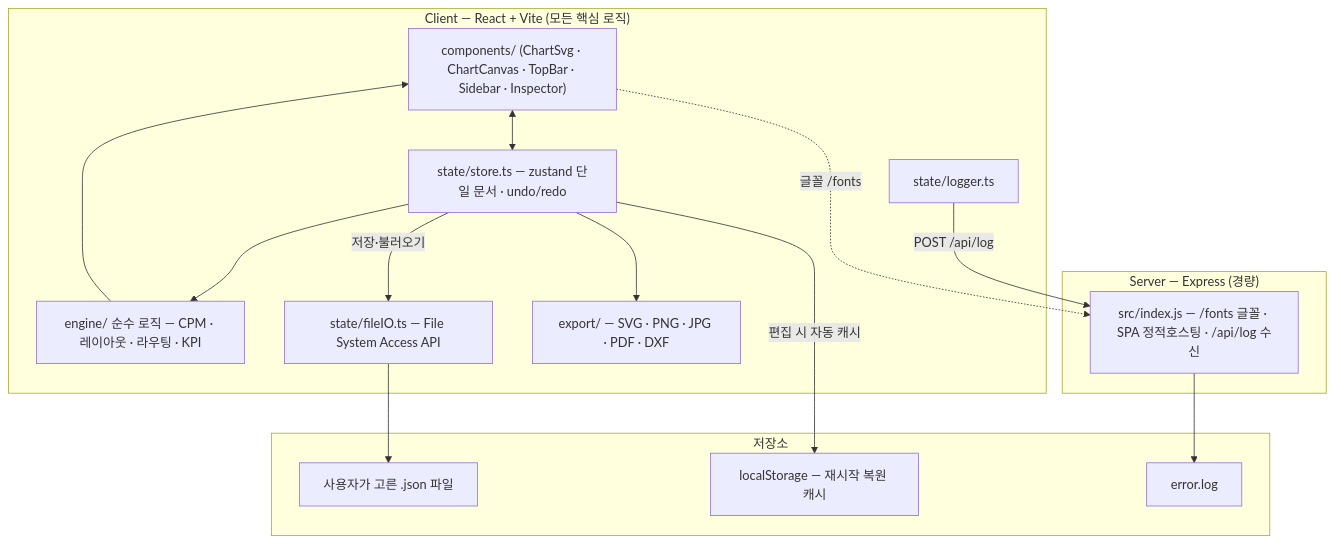
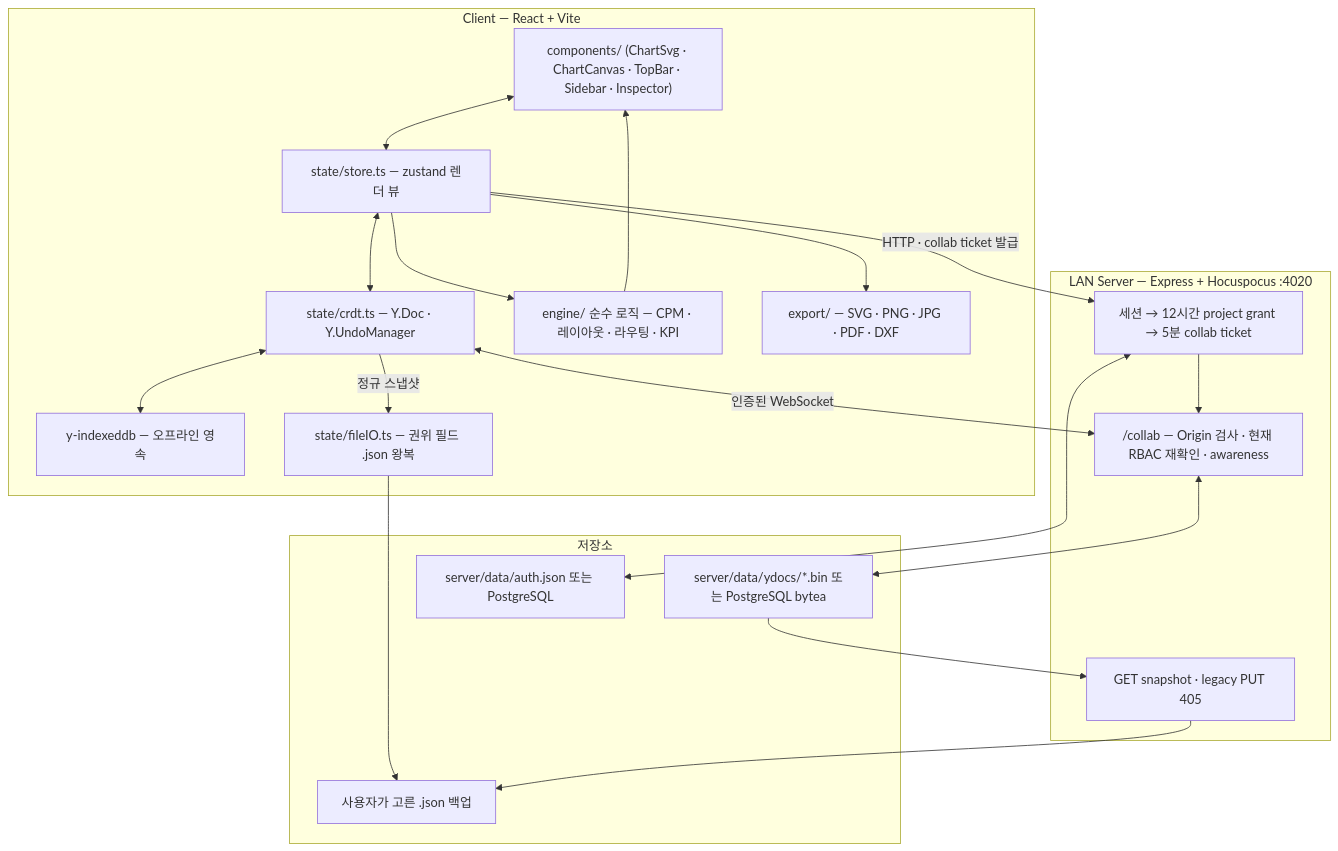
One commit to hjlee624/HydroNet changed the diagram in README.md. Above: the diagram before and after it, drawn with Mermaid. The commit also changed other lines of this file, not shown here.

First line of the commit message:
docs(readme): 아키텍처 mermaid·기술스택을 CRDT 협업 구조로 갱신

````diff
--- a/README.md
+++ b/README.md
@@ -97,32 +100,40 @@
 ```mermaid
 flowchart TD
-    subgraph Client["Client — React + Vite (모든 핵심 로직)"]
+    subgraph Client["Client — React + Vite"]
         UI["components/ (ChartSvg · ChartCanvas · TopBar · Sidebar · Inspector)"]
-        Store["state/store.ts — zustand 단일 문서 · undo/redo"]
+        Store["state/store.ts — zustand 렌더 뷰"]
+        YDoc["state/crdt.ts — Y.Doc · Y.UndoManager"]
+        IDB["y-indexeddb — 오프라인 영속"]
         Engine["engine/ 순수 로직 — CPM · 레이아웃 · 라우팅 · KPI"]
-        FileIO["state/fileIO.ts — File System Access API"]
+        FileIO["state/fileIO.ts — 권위 필드 .json 왕복"]
         Export["export/ — SVG · PNG · JPG · PDF · DXF"]
-        Logger["state/logger.ts"]
     end
 
-    subgraph Server["Server — Express (경량)"]
-        Express["src/index.js — /fonts 글꼴 · SPA 정적호스팅 · /api/log 수신"]
+    subgraph Server["LAN Server — Express + Hocuspocus :4020"]
+        Auth["세션 → 12시간 project grant → 5분 collab ticket"]
+        WS["/collab — Origin 검사 · 현재 RBAC 재확인 · awareness"]
+        Snapshot["GET snapshot · legacy PUT 405"]
     end
 
     subgraph Storage["저장소"]
-        JsonFile["사용자가 고른 .json 파일"]
-        Local["localStorage — 재시작 복원 캐시"]
-        ErrLog["error.log"]
+        JsonFile["사용자가 고른 .json 백업"]
+        Binary["server/data/ydocs/*.bin 또는 PostgreSQL bytea"]
+        AuthDB["server/data/auth.json 또는 PostgreSQL"]
     end
 
     UI <--> Store
+    Store <--> YDoc
+    YDoc <--> IDB
+    Store -->|"HTTP · collab ticket 발급"| Auth
+    YDoc <-->|"인증된 WebSocket"| WS
     Store --> Engine
     Engine --> UI
     Store --> Export
-    Store -->|저장·불러오기| FileIO
+    YDoc -->|"정규 스냅샷"| FileIO
     FileIO --> JsonFile
-    Store -->|편집 시 자동 캐시| Local
-    Logger -->|POST /api/log| Express
-    Express --> ErrLog
-    UI -.->|글꼴 /fonts| Express
+    Auth --> WS
+    WS <--> Binary
+    Auth <--> AuthDB
+    Binary --> Snapshot
+    Snapshot --> JsonFile
 ```
````
